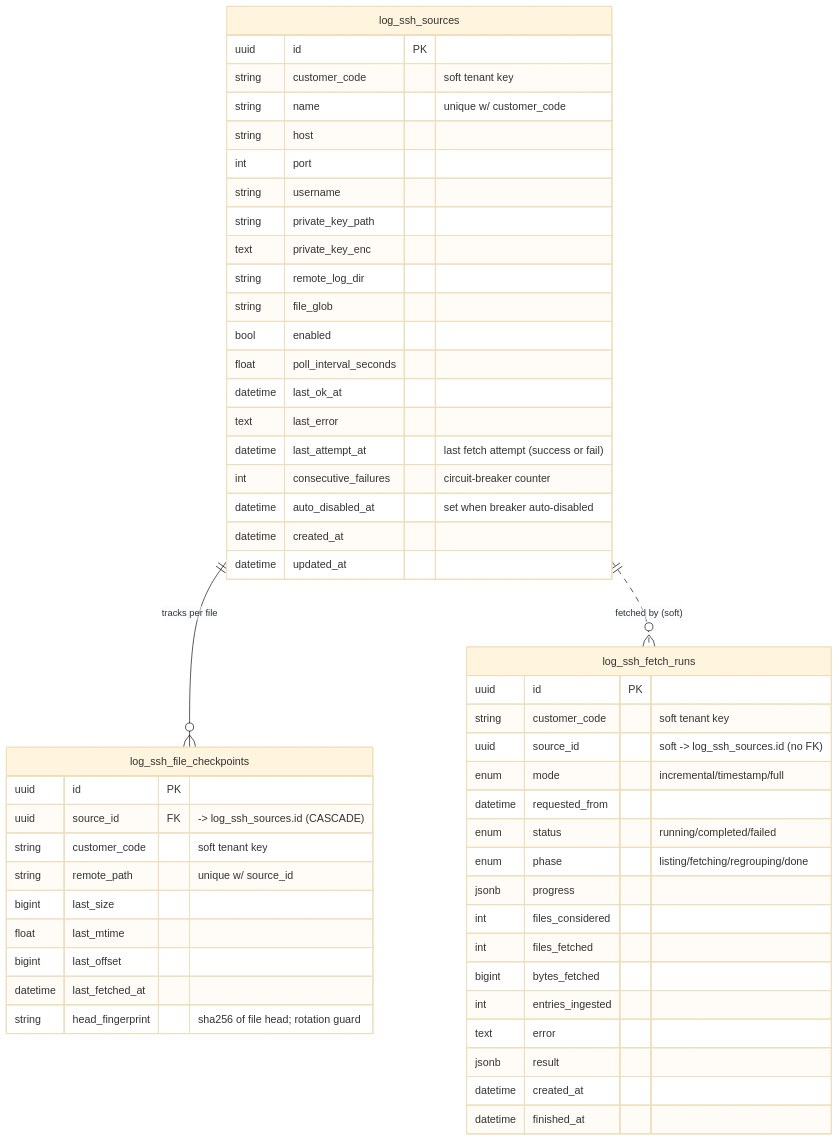
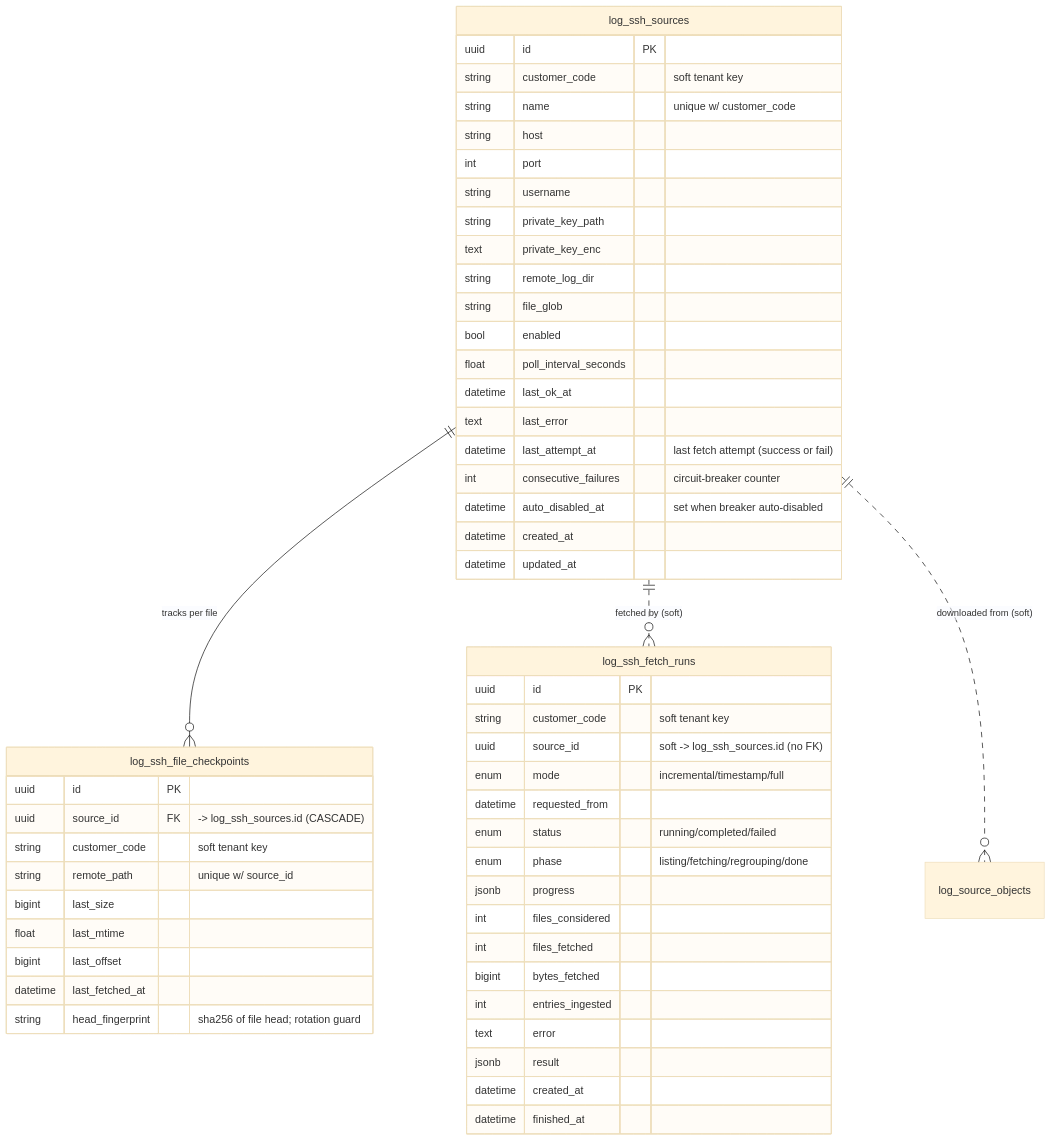
One commit to eamtalu/RAG-PipeLine changed the fifth of 10 diagrams in docs/database-er-diagram.md. Above: the diagram before and after it, drawn with Mermaid (base theme). The commit also changed other lines of this file and 5 other files, not shown here.

First line of the commit message:
docs: ER diagram, pipeline walkthrough, and the frontend brief

````diff
--- a/docs/database-er-diagram.md
+++ b/docs/database-er-diagram.md
@@ -265,58 +271,59 @@
 ```mermaid
 erDiagram
     log_ssh_sources {
         uuid id PK
         string customer_code "soft tenant key"
         string name "unique w/ customer_code"
         string host
         int port
         string username
         string private_key_path
         text private_key_enc
         string remote_log_dir
         string file_glob
         bool enabled
         float poll_interval_seconds
         datetime last_ok_at
         text last_error
         datetime last_attempt_at "last fetch attempt (success or fail)"
         int consecutive_failures "circuit-breaker counter"
         datetime auto_disabled_at "set when breaker auto-disabled"
         datetime created_at
         datetime updated_at
     }
 
     log_ssh_file_checkpoints {
         uuid id PK
         uuid source_id FK "-> log_ssh_sources.id (CASCADE)"
         string customer_code "soft tenant key"
         string remote_path "unique w/ source_id"
         bigint last_size
         float last_mtime
         bigint last_offset
         datetime last_fetched_at
         string head_fingerprint "sha256 of file head; rotation guard"
     }
 
     log_ssh_fetch_runs {
         uuid id PK
         string customer_code "soft tenant key"
         uuid source_id "soft -> log_ssh_sources.id (no FK)"
         enum mode "incremental/timestamp/full"
         datetime requested_from
         enum status "running/completed/failed"
         enum phase "listing/fetching/regrouping/done"
         jsonb progress
         int files_considered
         int files_fetched
         bigint bytes_fetched
         int entries_ingested
         text error
         jsonb result
         datetime created_at
         datetime finished_at
     }
 
     log_ssh_sources ||--o{ log_ssh_file_checkpoints : "tracks per file"
     log_ssh_sources ||..o{ log_ssh_fetch_runs : "fetched by (soft)"
+    log_ssh_sources ||..o{ log_source_objects : "downloaded from (soft)"
 ```
````
